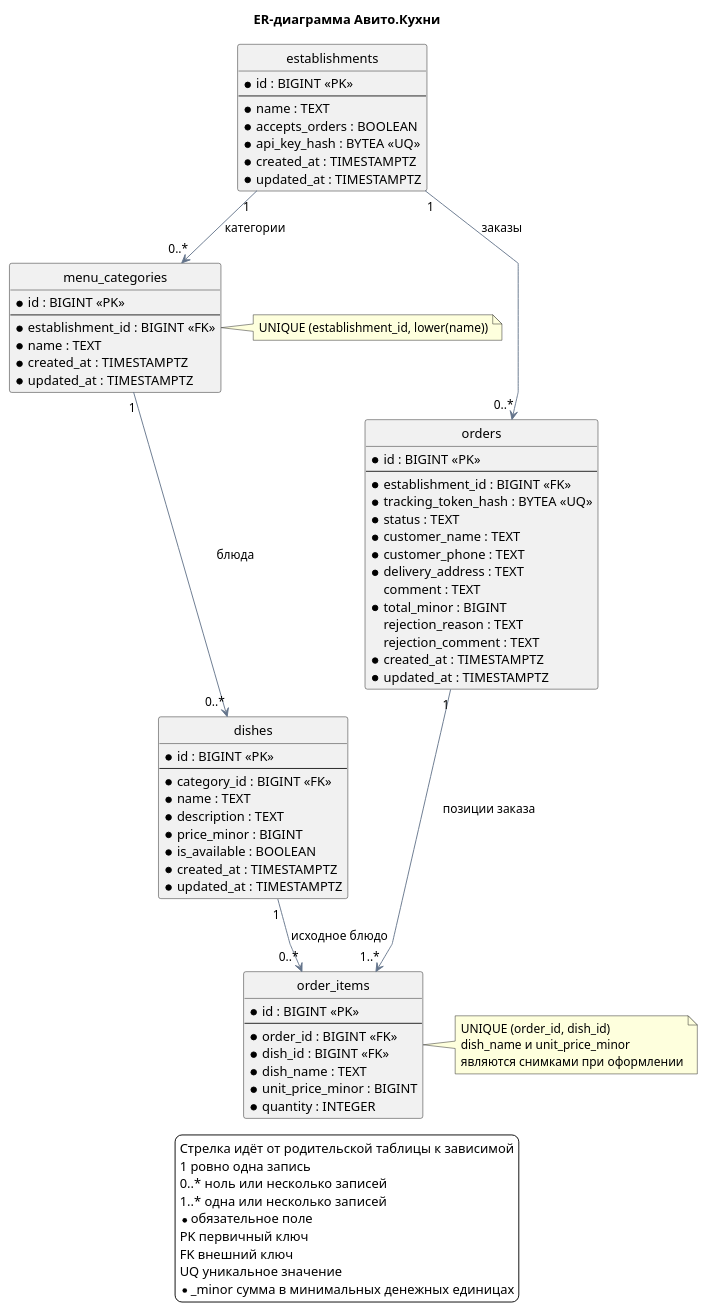
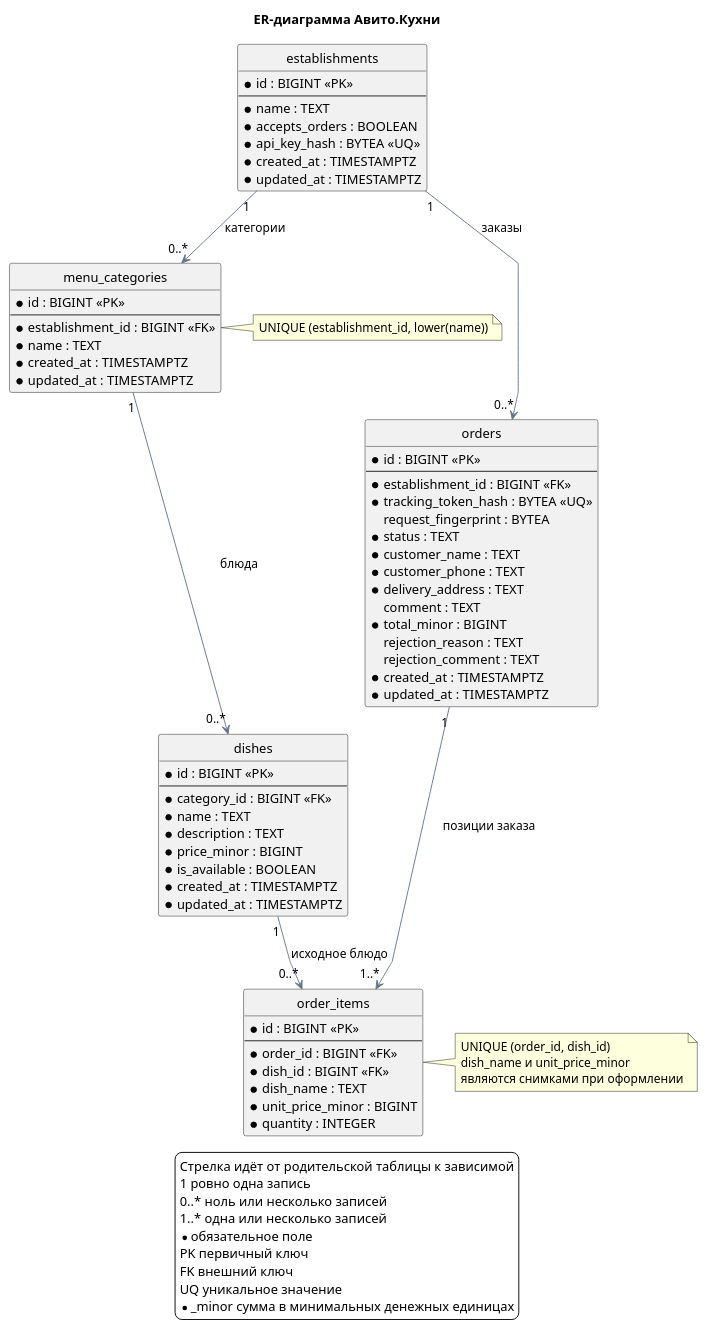
The diagram in docs/diagrams/database-erd.puml (DevDashkovsky/kitchen-avito), drawn with PlantUML before and after one commit. The commit also changed 22 other files, not shown here.

```diff
--- a/docs/diagrams/database-erd.puml
+++ b/docs/diagrams/database-erd.puml
@@ -1,104 +1,105 @@
 @startuml
 title ER-диаграмма Авито.Кухни
 
 top to bottom direction
 hide methods
 hide stereotypes
 hide circle
 
 skinparam backgroundColor #FFFFFF
 skinparam linetype polyline
 skinparam entity {
   BackgroundColor #F8FAFC
   BorderColor #475569
   FontColor #1F2937
 }
 skinparam ArrowColor #64748B
 
 entity "establishments" as establishments {
   * id : BIGINT <<PK>>
   --
   * name : TEXT
   * accepts_orders : BOOLEAN
   * api_key_hash : BYTEA <<UQ>>
   * created_at : TIMESTAMPTZ
   * updated_at : TIMESTAMPTZ
 }
 
 entity "menu_categories" as menu_categories {
   * id : BIGINT <<PK>>
   --
   * establishment_id : BIGINT <<FK>>
   * name : TEXT
   * created_at : TIMESTAMPTZ
   * updated_at : TIMESTAMPTZ
 }
 
 entity "dishes" as dishes {
   * id : BIGINT <<PK>>
   --
   * category_id : BIGINT <<FK>>
   * name : TEXT
   * description : TEXT
   * price_minor : BIGINT
   * is_available : BOOLEAN
   * created_at : TIMESTAMPTZ
   * updated_at : TIMESTAMPTZ
 }
 
 entity "orders" as orders {
   * id : BIGINT <<PK>>
   --
   * establishment_id : BIGINT <<FK>>
   * tracking_token_hash : BYTEA <<UQ>>
+  request_fingerprint : BYTEA
   * status : TEXT
   * customer_name : TEXT
   * customer_phone : TEXT
   * delivery_address : TEXT
   comment : TEXT
   * total_minor : BIGINT
   rejection_reason : TEXT
   rejection_comment : TEXT
   * created_at : TIMESTAMPTZ
   * updated_at : TIMESTAMPTZ
 }
 
 entity "order_items" as order_items {
   * id : BIGINT <<PK>>
   --
   * order_id : BIGINT <<FK>>
   * dish_id : BIGINT <<FK>>
   * dish_name : TEXT
   * unit_price_minor : BIGINT
   * quantity : INTEGER
 }
 
 establishments "1" --> "0..*" menu_categories : категории
 establishments "1" --> "0..*" orders : заказы
 menu_categories "1" --> "0..*" dishes : блюда
 orders "1" --> "1..*" order_items : позиции заказа
 dishes "1" --> "0..*" order_items : исходное блюдо
 
 note right of menu_categories
   UNIQUE (establishment_id, lower(name))
 end note
 
 note right of order_items
   UNIQUE (order_id, dish_id)
   dish_name и unit_price_minor
   являются снимками при оформлении
 end note
 
 legend bottom
   Стрелка идёт от родительской таблицы к зависимой
   1 ровно одна запись
   0..* ноль или несколько записей
   1..* одна или несколько записей
   * обязательное поле
   PK первичный ключ
   FK внешний ключ
   UQ уникальное значение
   *_minor сумма в минимальных денежных единицах
 endlegend
 
 @enduml
```
